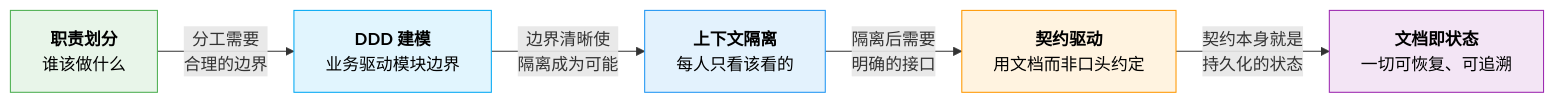
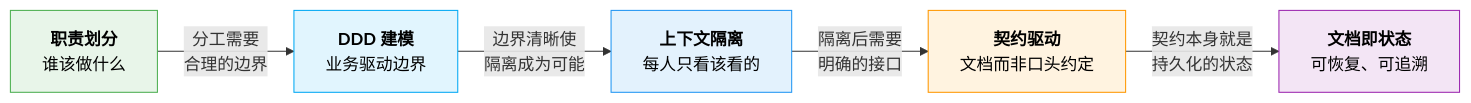
Before and after one commit to strommmm/storms-claude-configuration: the second of 13 diagrams in docs/design-philosophy.md, drawn with Mermaid. The commit also changed other lines of this file, not shown here.

````diff
--- a/docs/design-philosophy.md
+++ b/docs/design-philosophy.md
@@ -36,19 +38,19 @@
 ```mermaid
 graph LR
-    P1["<b>职责划分</b><br/>谁该做什么"]:::principle1
-    P2["<b>DDD 建模</b><br/>业务驱动模块边界"]:::principle2
-    P3["<b>上下文隔离</b><br/>每人只看该看的"]:::principle3
-    P4["<b>契约驱动</b><br/>用文档而非口头约定"]:::principle4
-    P5["<b>文档即状态</b><br/>一切可恢复、可追溯"]:::principle5
+    P1["<b>职责划分</b><br/>谁该做什么"]:::p1
+    P2["<b>DDD 建模</b><br/>业务驱动边界"]:::p2
+    P3["<b>上下文隔离</b><br/>每人只看该看的"]:::p3
+    P4["<b>契约驱动</b><br/>文档而非口头约定"]:::p4
+    P5["<b>文档即状态</b><br/>可恢复、可追溯"]:::p5
 
     P1 -- "分工需要<br/>合理的边界" --> P2
     P2 -- "边界清晰使<br/>隔离成为可能" --> P3
     P3 -- "隔离后需要<br/>明确的接口" --> P4
     P4 -- "契约本身就是<br/>持久化的状态" --> P5
 
-    classDef principle1 fill:#E8F5E9,stroke:#4CAF50,color:#000
-    classDef principle2 fill:#E1F5FE,stroke:#03A9F4,color:#000
-    classDef principle3 fill:#E3F2FD,stroke:#2196F3,color:#000
-    classDef principle4 fill:#FFF3E0,stroke:#FF9800,color:#000
-    classDef principle5 fill:#F3E5F5,stroke:#9C27B0,color:#000
+    classDef p1 fill:#E8F5E9,stroke:#4CAF50,color:#000
+    classDef p2 fill:#E1F5FE,stroke:#03A9F4,color:#000
+    classDef p3 fill:#E3F2FD,stroke:#2196F3,color:#000
+    classDef p4 fill:#FFF3E0,stroke:#FF9800,color:#000
+    classDef p5 fill:#F3E5F5,stroke:#9C27B0,color:#000
 ```
````
